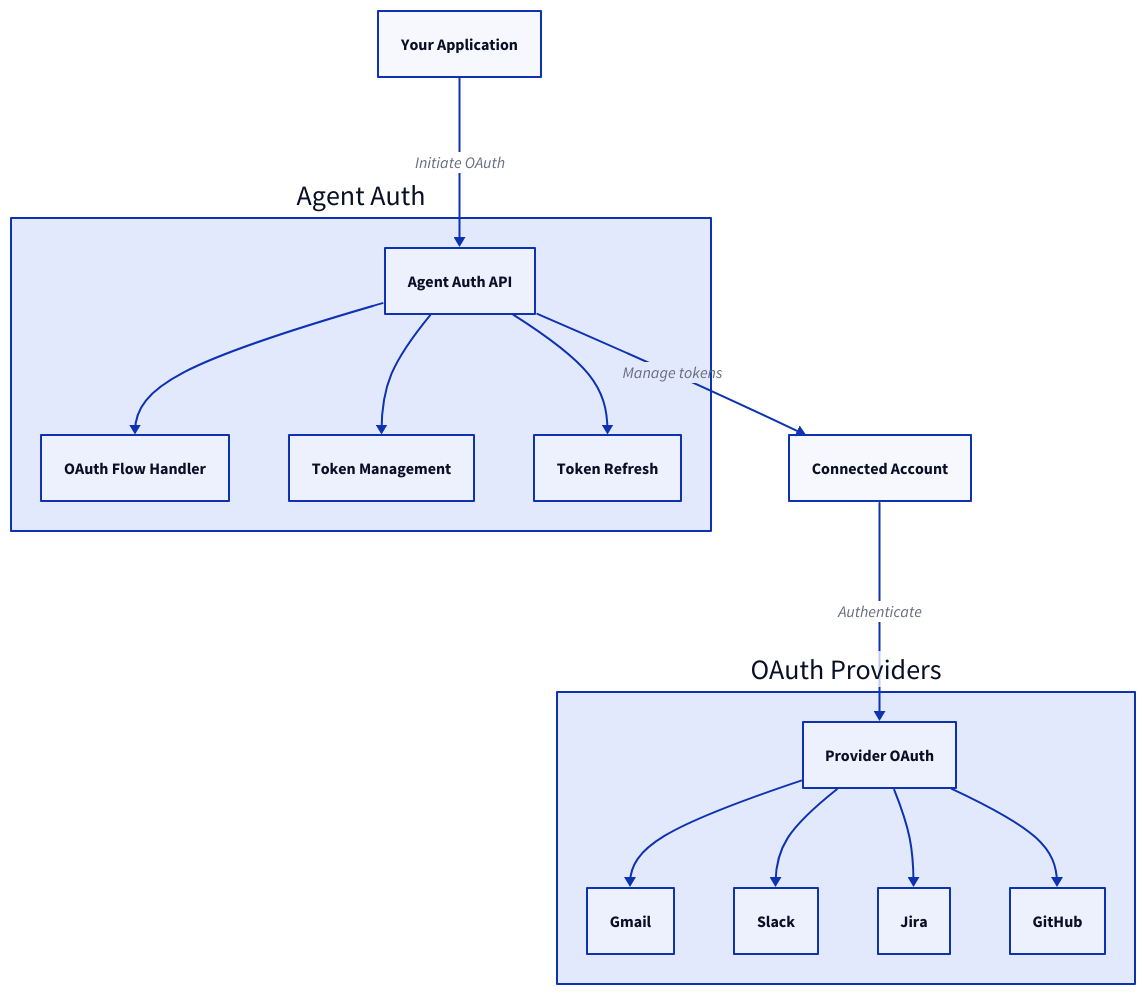
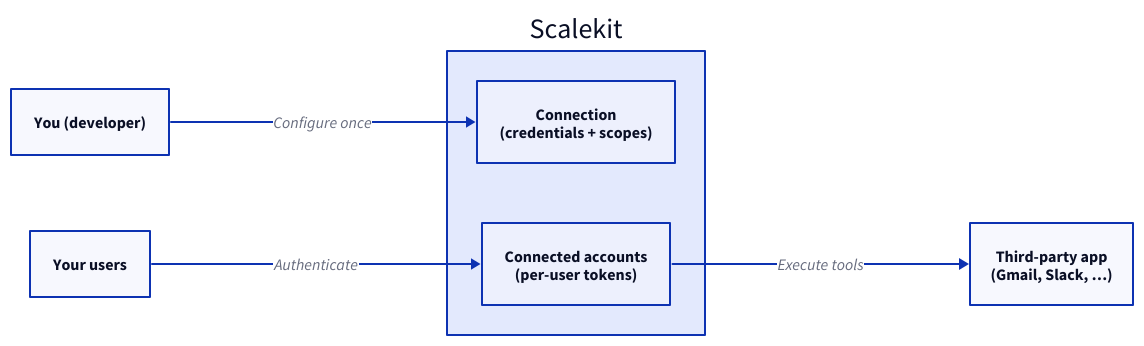
Before and after one commit to scalekit-inc/developer-docs: the diagram in src/content/docs/agentkit/overview.mdx, drawn with D2. The commit also changed other lines of this file and 6 other files, not shown here.

````diff
--- a/src/content/docs/agentkit/overview.mdx
+++ b/src/content/docs/agentkit/overview.mdx
@@ -49,34 +26,17 @@
 ```d2
-direction: down
+direction: right
 
-A: "Your Application"
-C: "Connected Account"
+Dev: "You (developer)"
+Users: "Your users"
 
-AgentAuth: {
-  label: "Agent Auth"
-  B: "Agent Auth API"
-  E: "OAuth Flow Handler"
-  G: "Token Management"
-  H: "Token Refresh"
-  B -> E
-  B -> G
-  B -> H
+Scalekit: {
+  Conn: "Connection\n(credentials + scopes)"
+  CA: "Connected accounts\n(per-user tokens)"
 }
 
-Providers: {
-  label: "OAuth Providers"
-  D: "Provider OAuth"
-  I: "Gmail"
-  J: "Slack"
-  K: "Jira"
-  L: "GitHub"
-  D -> I
-  D -> J
-  D -> K
-  D -> L
-}
+Provider: "Third-party app\n(Gmail, Slack, …)"
 
-A -> AgentAuth.B: "Initiate OAuth"
-AgentAuth.B -> C: "Manage tokens"
-C -> Providers.D: "Authenticate"
+Dev -> Scalekit.Conn: "Configure once"
+Users -> Scalekit.CA: "Authenticate"
+Scalekit.CA -> Provider: "Execute tools"
 ```
````
